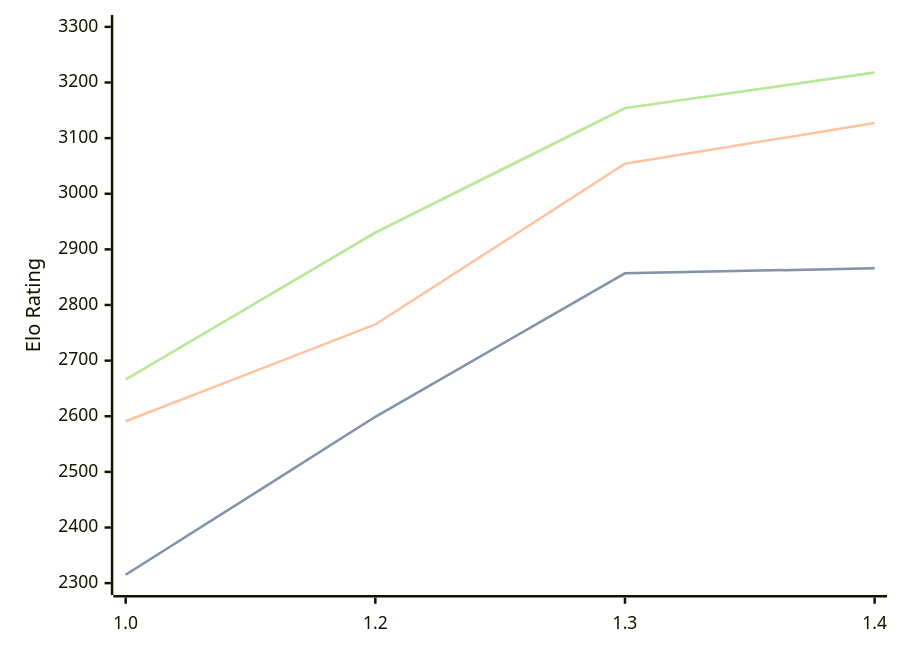
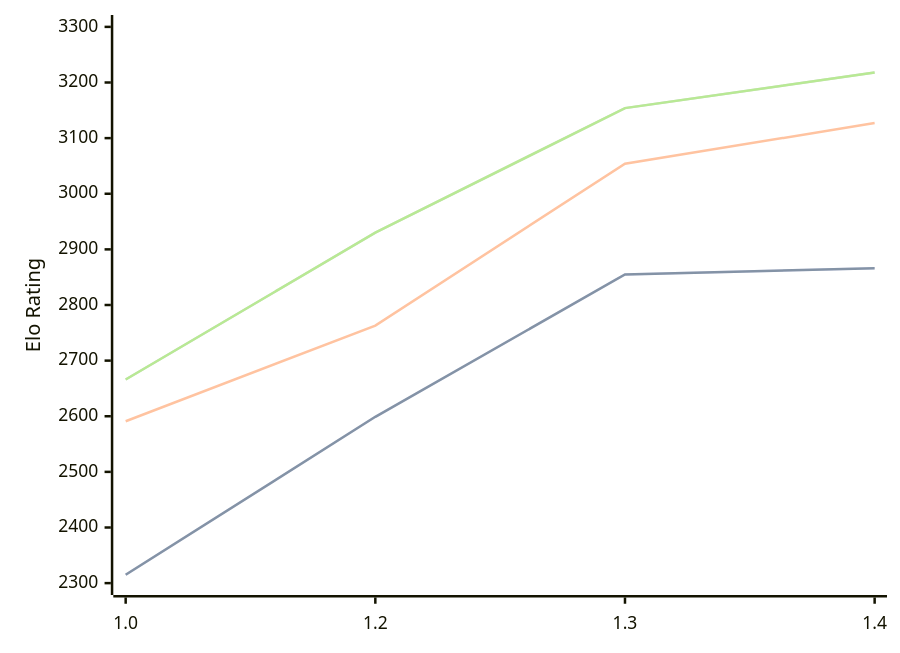
The third of 3 diagrams in engines/Chessnix.md (computer-chess-index/cci), drawn with Mermaid before and after one commit. The commit also changed other lines of this file, not shown here.

````diff
--- a/engines/Chessnix.md
+++ b/engines/Chessnix.md
@@ -69,11 +69,11 @@
 ```mermaid
 %%{init: {"theme":"base","themeVariables":{"seriesColors:['#a3a3a3','#222221','#faa371']}}}%%
 xychart-beta
   x-axis ["1.0", "1.2", "1.3", "1.4"]
   y-axis "Elo Rating" 2300 --> 3300
-  line "STC (8.0+0.08s)" [2315, 2599, 2857, 2866]
-  line "STC (8.0+0.08s)" [2315, 2599, 2857, 2866]
-  line "LTC (60.0+0.60s)" [2591, 2765, 3054, 3127]
+  line "STC (8.0+0.08s)" [2315, 2599, 2855, 2866]
+  line "STC (8.0+0.08s)" [2315, 2599, 2855, 2866]
+  line "LTC (60.0+0.60s)" [2591, 2763, 3054, 3127]
   line "VLTC (2m24s+1.12s)" [2666, 2930, 3154, 3218]
   line "VLTC (2m24s+1.12s)" [2666, 2930, 3154, 3218]
 ```
````
